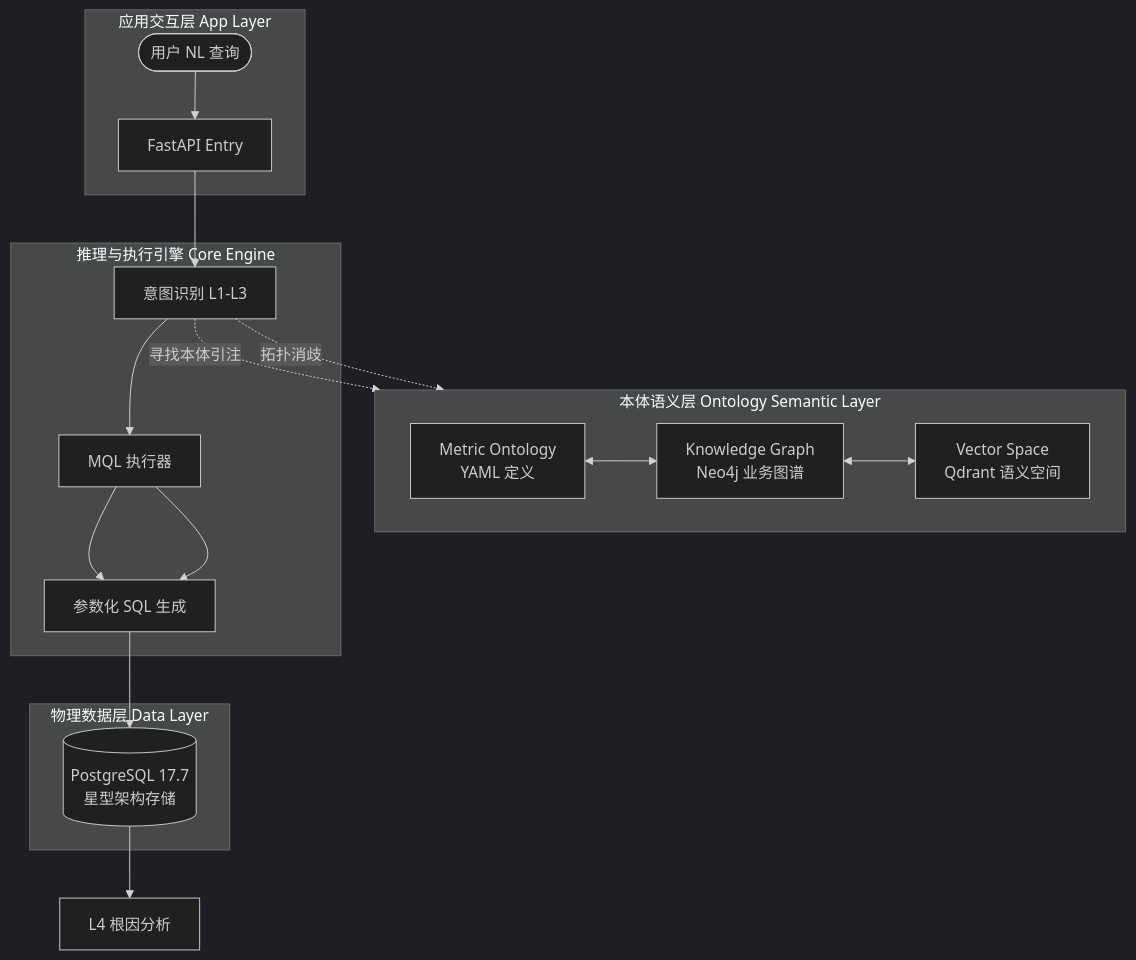
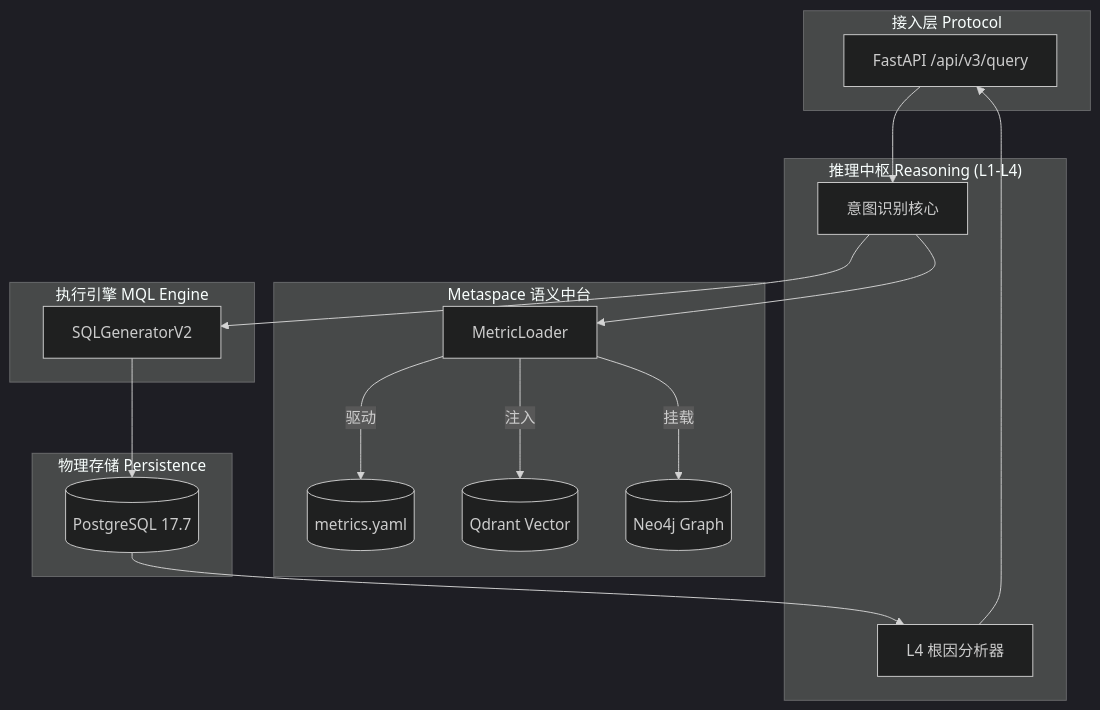
One commit to JourneytoNewland/chatBI changed the diagram in README.md. Above: the diagram before and after it, drawn with Mermaid (dark theme). The commit also changed other lines of this file, not shown here.

Commit message:
docs: finalized technically faithful README with deep architecture details and source mapping

````diff
--- a/README.md
+++ b/README.md
@@ -30,28 +30,32 @@
 ```mermaid
 graph TB
-    subgraph "应用交互层 App Layer"
-        User([用户 NL 查询]) --> API[FastAPI Entry]
+    subgraph "接入层 Protocol"
+        API[FastAPI /api/v3/query]
     end
 
-    subgraph "本体语义层 Ontology Semantic Layer"
-        direction LR
-        YAML[Metric Ontology<br/>YAML 定义] <--> KG[Knowledge Graph<br/>Neo4j 业务图谱]
-        KG <--> Vector[Vector Space<br/>Qdrant 语义空间]
+    subgraph "推理中枢 Reasoning (L1-L4)"
+        Intent[意图识别核心]
+        Analyzer[L4 根因分析器]
     end
 
-    subgraph "推理与执行引擎 Core Engine"
-        Intent[意图识别 L1-L3] --> MQL[MQL 执行器]
-        MQL --> SQLGen[参数化 SQL 生成]
+    subgraph "Metaspace 语义中台"
+        Loader[MetricLoader] -- 驱动 --> YAML[(metrics.yaml)]
+        Loader -- 注入 --> QD[(Qdrant Vector)]
+        Loader -- 挂载 --> NJ[(Neo4j Graph)]
     end
 
-    subgraph "物理数据层 Data Layer"
-        PG[(PostgreSQL 17.7<br/>星型架构存储)]
+    subgraph "执行引擎 MQL Engine"
+        Generator[SQLGeneratorV2]
+    end
+
+    subgraph "物理存储 Persistence"
+        PG[(PostgreSQL 17.7)]
     end
 
     API --> Intent
-    Intent -. 寻找本体引注 .-> YAML
-    Intent -. 拓扑消歧 .-> KG
-    MQL --> SQLGen
-    SQLGen --> PG
-    PG --> L4[L4 根因分析]
+    Intent --> Loader
+    Intent --> Generator
+    Generator --> PG
+    PG --> Analyzer
+    Analyzer --> API
 ```
````
